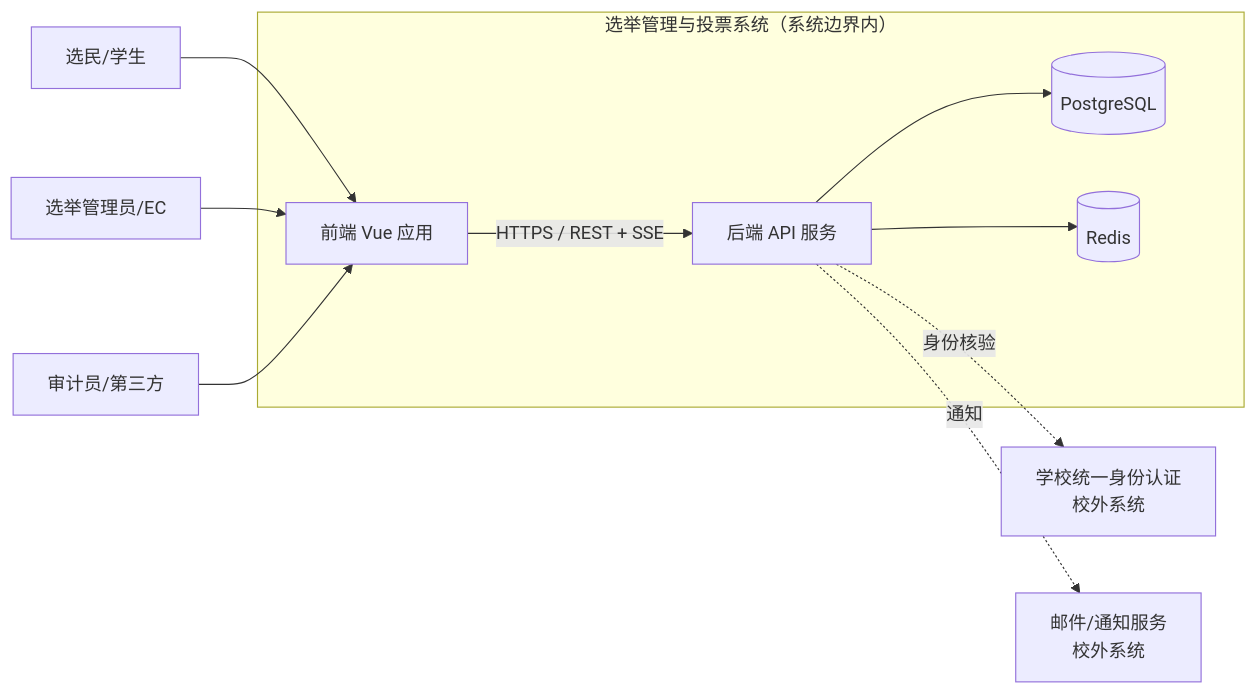
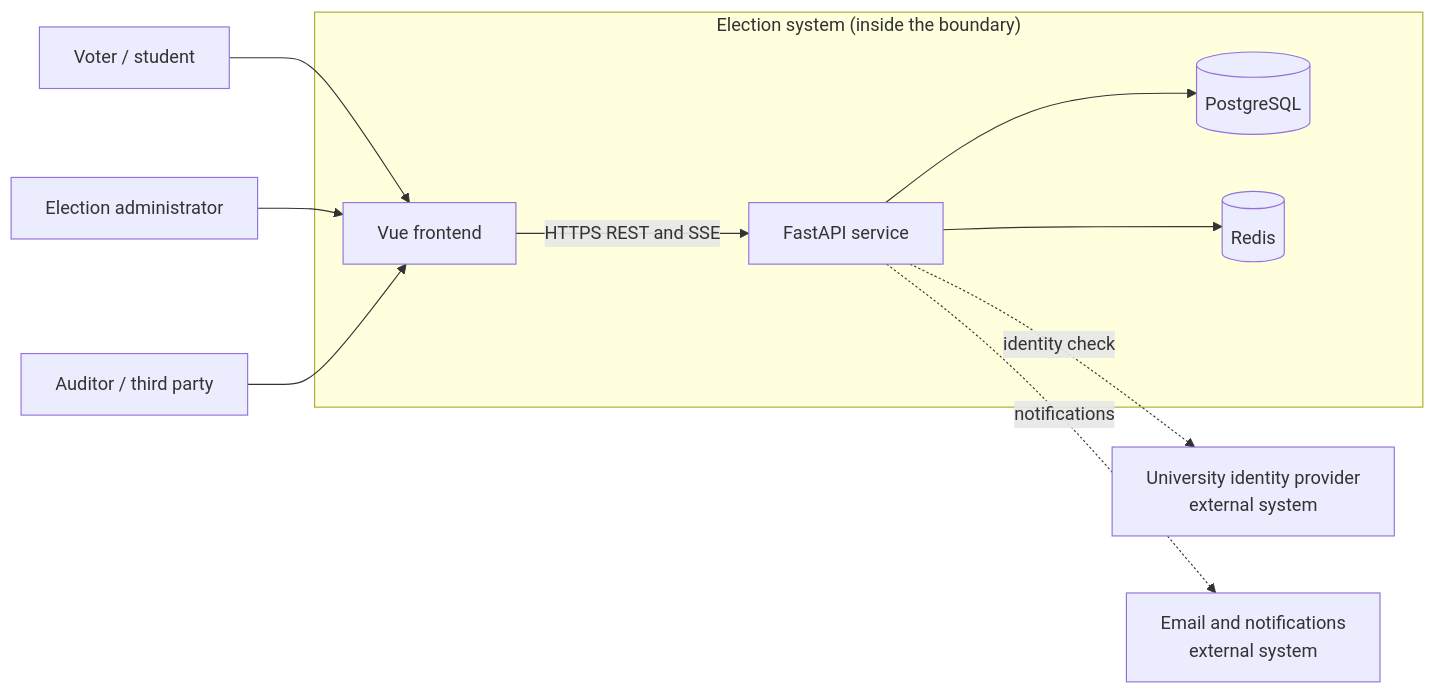
Before and after one commit to David-echo/COMP3500_group_project: the first of 6 diagrams in docs/01-project-plan.md, drawn with Mermaid. The commit also changed other lines of this file and 82 other files, not shown here.

First line of the commit message:
docs: translate the repository to English and re-render all diagrams

````diff
--- a/docs/01-project-plan.md
+++ b/docs/01-project-plan.md
@@ -21,25 +22,25 @@
 ```mermaid
 flowchart LR
-    Voter[选民/学生]
-    Admin[选举管理员/EC]
-    Auditor[审计员/第三方]
+    Voter[Voter / student]
+    Admin[Election administrator]
+    Auditor[Auditor / third party]
 
-    subgraph SYS["选举管理与投票系统（系统边界内）"]
-        FE[前端 Vue 应用]
-        API[后端 API 服务]
+    subgraph SYS["Election system (inside the boundary)"]
+        FE[Vue frontend]
+        API[FastAPI service]
         DB[(PostgreSQL)]
         CACHE[(Redis)]
     end
 
-    SSO[学校统一身份认证<br/>校外系统]
-    MAIL[邮件/通知服务<br/>校外系统]
+    SSO[University identity provider<br/>external system]
+    MAIL[Email and notifications<br/>external system]
 
     Voter --> FE
     Admin --> FE
     Auditor --> FE
-    FE -->|HTTPS / REST + SSE| API
+    FE -->|HTTPS REST and SSE| API
     API --> DB
     API --> CACHE
-    API -.->|身份核验| SSO
-    API -.->|通知| MAIL
+    API -.->|identity check| SSO
+    API -.->|notifications| MAIL
 ```
````
